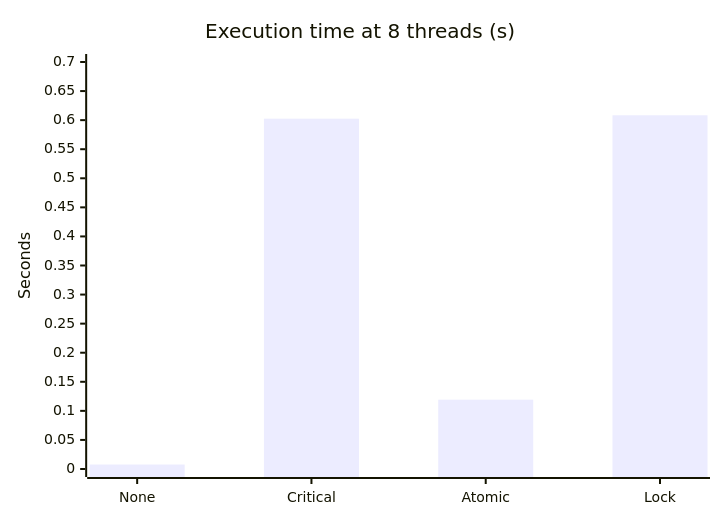
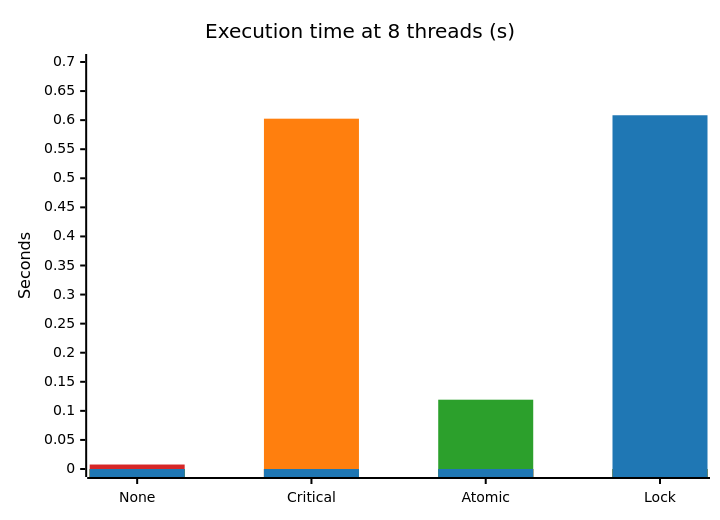
One commit to chaitanya-m5/parallel-sync-mechanisms changed the fourth of 5 diagrams in README.md. Above: the diagram before and after it, drawn with Mermaid. The commit also changed other lines of this file, not shown here.

````diff
--- a/README.md
+++ b/README.md
@@ -208,7 +220,11 @@
 ```mermaid
+%%{init: {"theme":"base","themeVariables":{"xyChart":{"backgroundColor":"#ffffff","titleColor":"#000000","xAxisLabelColor":"#000000","xAxisTitleColor":"#000000","xAxisTickColor":"#000000","xAxisLineColor":"#000000","yAxisLabelColor":"#000000","yAxisTitleColor":"#000000","yAxisTickColor":"#000000","yAxisLineColor":"#000000","plotColorPalette":"#d62728, #ff7f0e, #2ca02c, #1f77b4"}}}}%%
 xychart-beta
     title "Execution time at 8 threads (s)"
     x-axis [None, Critical, Atomic, Lock]
     y-axis "Seconds" 0 --> 0.7
-    bar [0.0077, 0.6025, 0.1192, 0.6084]
+    bar [0.0077, 0, 0, 0]
+    bar [0, 0.6025, 0, 0]
+    bar [0, 0, 0.1192, 0]
+    bar [0, 0, 0, 0.6084]
 ```
````
